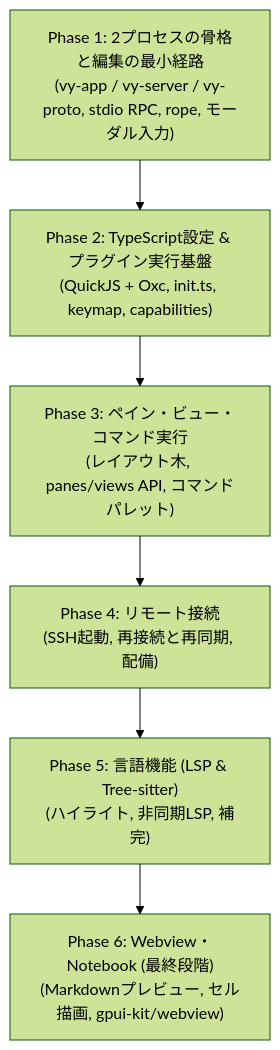
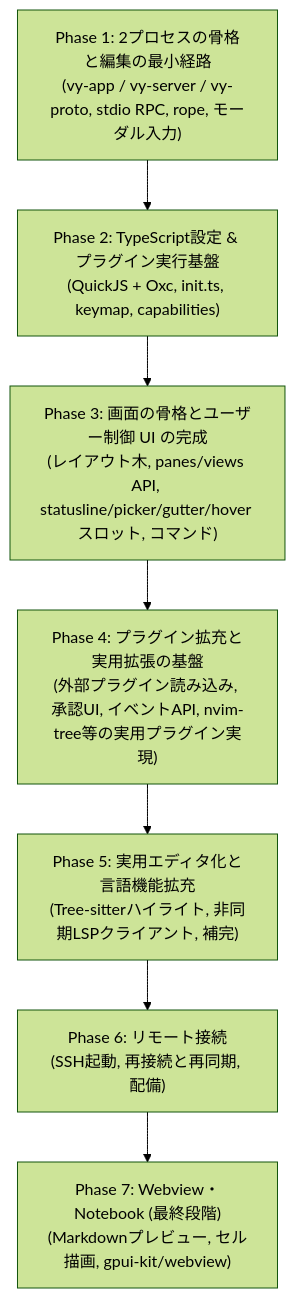
One commit to nazo6/vy changed the diagram in docs/roadmap.md. Above: the diagram before and after it, drawn with Mermaid (forest theme). The commit also changed other lines of this file and 1 other file, not shown here.

Commit message:
docs: update implementation phases and descriptions in roadmap

````diff
--- a/docs/roadmap.md
+++ b/docs/roadmap.md
@@ -12,11 +12,12 @@
 ```mermaid
 flowchart TD
     P1["Phase 1: 2プロセスの骨格と編集の最小経路\n(vy-app / vy-server / vy-proto, stdio RPC, rope, モーダル入力)"]
     P2["Phase 2: TypeScript設定 & プラグイン実行基盤\n(QuickJS + Oxc, init.ts, keymap, capabilities)"]
-    P3["Phase 3: ペイン・ビュー・コマンド実行\n(レイアウト木, panes/views API, コマンドパレット)"]
-    P4["Phase 4: リモート接続\n(SSH起動, 再接続と再同期, 配備)"]
-    P5["Phase 5: 言語機能 (LSP & Tree-sitter)\n(ハイライト, 非同期LSP, 補完)"]
-    P6["Phase 6: Webview・Notebook (最終段階)\n(Markdownプレビュー, セル描画, gpui-kit/webview)"]
+    P3["Phase 3: 画面の骨格とユーザー制御 UI の完成\n(レイアウト木, panes/views API, statusline/picker/gutter/hover スロット, コマンド)"]
+    P4["Phase 4: プラグイン拡充と実用拡張の基盤\n(外部プラグイン読み込み, 承認UI, イベントAPI, nvim-tree等の実用プラグイン実現)"]
+    P5["Phase 5: 実用エディタ化と言語機能拡充\n(Tree-sitterハイライト, 非同期LSPクライアント, 補完)"]
+    P6["Phase 6: リモート接続\n(SSH起動, 再接続と再同期, 配備)"]
+    P7["Phase 7: Webview・Notebook (最終段階)\n(Markdownプレビュー, セル描画, gpui-kit/webview)"]
 
-    P1 --> P2 --> P3 --> P4 --> P5 --> P6
+    P1 --> P2 --> P3 --> P4 --> P5 --> P6 --> P7
 ```
````
